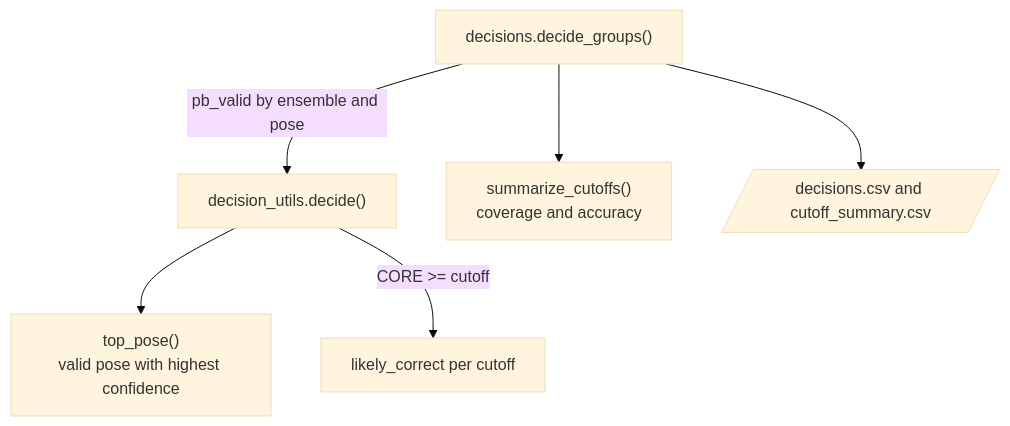
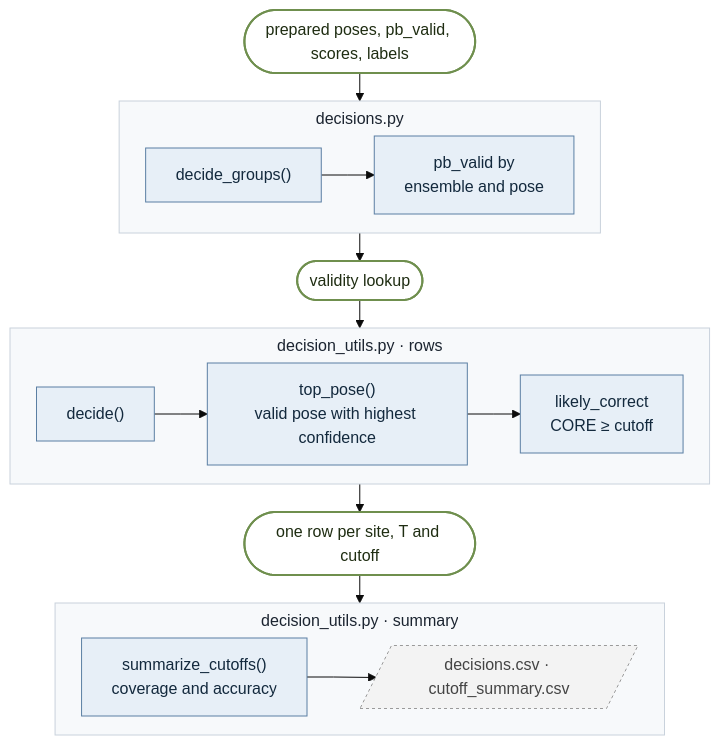
One commit to James-Broster/core-score changed the ninth of 10 diagrams in docs/code-map.md. Above: the diagram before and after it, drawn with Mermaid (base theme). The commit also changed other lines of this file, not shown here.

First line of the commit message:
Redraw the code map as stage ladders

````diff
--- a/docs/code-map.md
+++ b/docs/code-map.md
@@ -252,8 +387,32 @@
 ```mermaid
-flowchart TD
-    dg["decisions.decide_groups()"] -->|"pb_valid by ensemble and pose"| dd["decision_utils.decide()"]
-    dd --> tp["top_pose()<br/>valid pose with highest confidence"]
-    dd -->|"CORE >= cutoff"| lc["likely_correct per cutoff"]
-    dg --> scs["summarize_cutoffs()<br/>coverage and accuracy"]
-    dg --> out[/"decisions.csv and cutoff_summary.csv"/]
+%%{init: {"flowchart": {"curve": "linear", "nodeSpacing": 18, "rankSpacing": 28, "subGraphTitleMargin": {"top": 6, "bottom": 10}}}}%%
+flowchart TB
+    classDef fn fill:#e7eff7,stroke:#5b7fa3,color:#13293d
+    classDef ost fill:#fbedd5,stroke:#b07a1e,color:#3d2a08
+    classDef data fill:#ffffff,stroke:#6f8f4e,color:#1f2d12,stroke-width:2px
+    classDef file fill:#f3f3f3,stroke:#9a9a9a,color:#444,stroke-dasharray:3 3
+    classDef stage fill:#f7f9fb,stroke:#c9d2dc,color:#1b2430
+
+    start(["prepared poses, pb_valid, scores, labels"]):::data
+
+    subgraph D1["decisions.py"]
+        direction LR
+        a1["decide_groups()"]:::fn --> a2["pb_valid by<br/>ensemble and pose"]:::fn
+    end
+    d1(["validity lookup"]):::data
+
+    subgraph D2["decision_utils.py · rows"]
+        direction LR
+        b1["decide()"]:::fn --> b2["top_pose()<br/>valid pose with highest confidence"]:::fn --> b3["likely_correct<br/>CORE ≥ cutoff"]:::fn
+    end
+    d2(["one row per site, T and cutoff"]):::data
+
+    subgraph D3["decision_utils.py · summary"]
+        direction LR
+        c1["summarize_cutoffs()<br/>coverage and accuracy"]:::fn --> c2[/"decisions.csv · cutoff_summary.csv"/]:::file
+    end
+
+    start --> D1 --> d1 --> D2 --> d2 --> D3
+
+    class D1,D2,D3 stage
 ```
````
